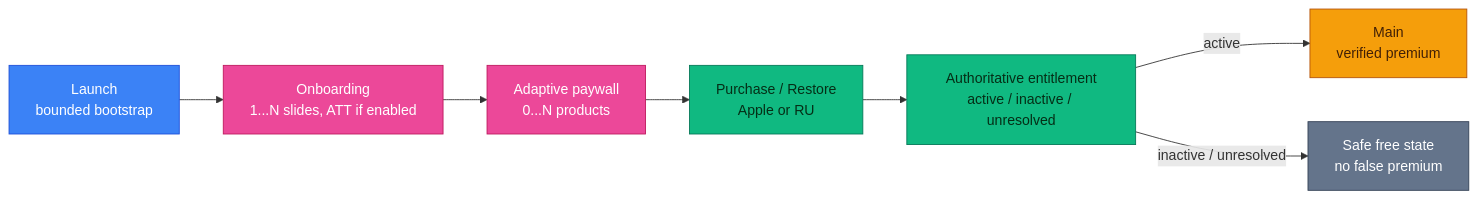
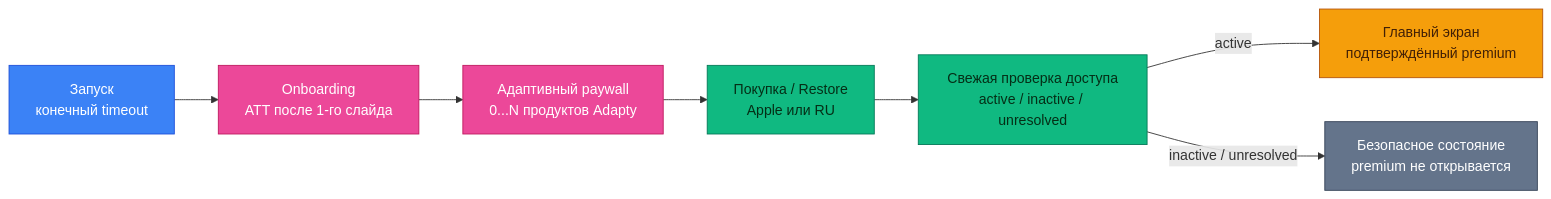
One commit to BroadApps-official/broad-platform-integration changed the diagram in Documentation/Diagrams/first-run-flow.mmd. Above: the diagram before and after it, drawn with Mermaid. The commit also changed 27 other files, not shown here.

```diff
--- a/Documentation/Diagrams/first-run-flow.mmd
+++ b/Documentation/Diagrams/first-run-flow.mmd
@@ -1,15 +1,15 @@
 flowchart LR
-    Launch["Launch\nbounded bootstrap"] --> Onboarding["Onboarding\n1...N slides, ATT if enabled"]
-    Onboarding --> Paywall["Adaptive paywall\n0...N products"]
-    Paywall --> Checkout["Purchase / Restore\nApple or RU"]
-    Checkout --> Entitlement["Authoritative entitlement\nactive / inactive / unresolved"]
-    Entitlement -->|"active"| Main["Main\nverified premium"]
-    Entitlement -->|"inactive / unresolved"| Safe["Safe free state\nno false premium"]
+    Launch["Запуск\nконечный timeout"] --> Onboarding["Onboarding\nATT после 1-го слайда"]
+    Onboarding --> Paywall["Адаптивный paywall\n0...N продуктов Adapty"]
+    Paywall --> Checkout["Покупка / Restore\nApple или RU"]
+    Checkout --> Entitlement["Свежая проверка доступа\nactive / inactive / unresolved"]
+    Entitlement -->|"active"| Main["Главный экран\nподтверждённый premium"]
+    Entitlement -->|"inactive / unresolved"| Safe["Безопасное состояние\npremium не открывается"]
 
     style Launch fill:#3B82F6,color:#FFFFFF,stroke:#1D4ED8
     style Onboarding fill:#EC4899,color:#FFFFFF,stroke:#BE185D
     style Paywall fill:#EC4899,color:#FFFFFF,stroke:#BE185D
     style Checkout fill:#10B981,color:#052E16,stroke:#047857
     style Entitlement fill:#10B981,color:#052E16,stroke:#047857
     style Main fill:#F59E0B,color:#422006,stroke:#B45309
     style Safe fill:#64748B,color:#FFFFFF,stroke:#334155
```
